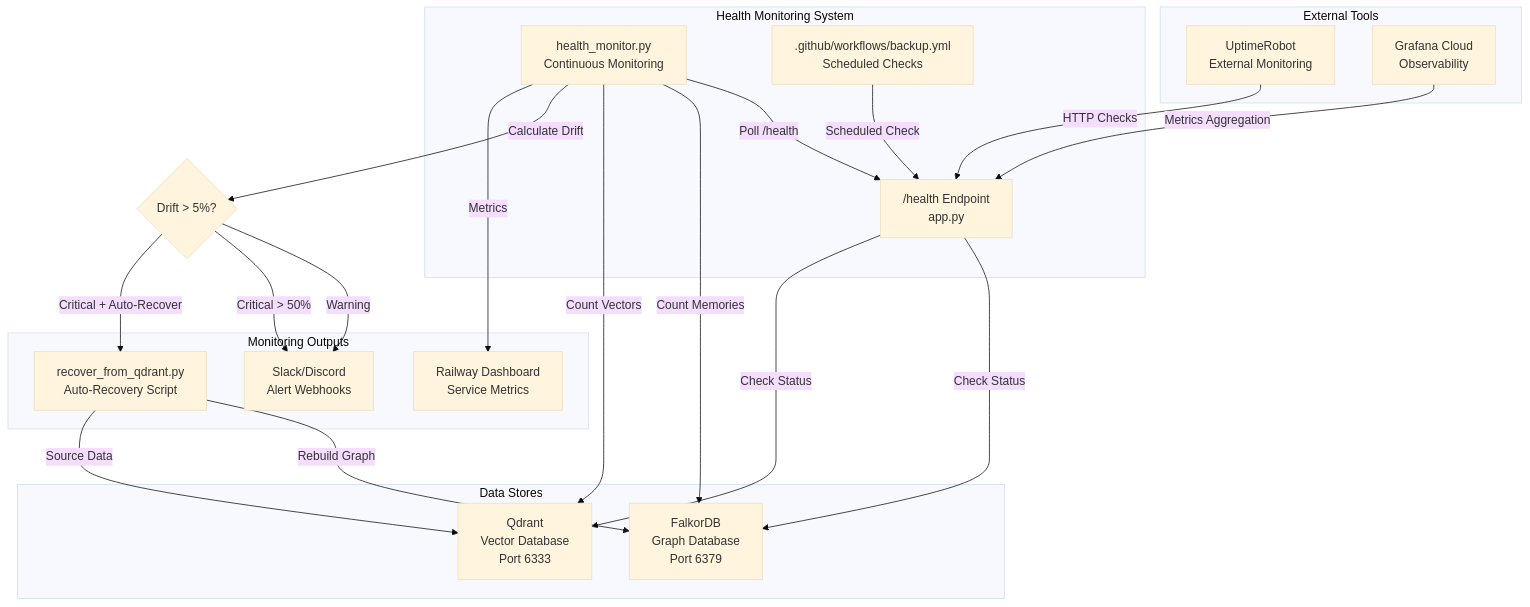
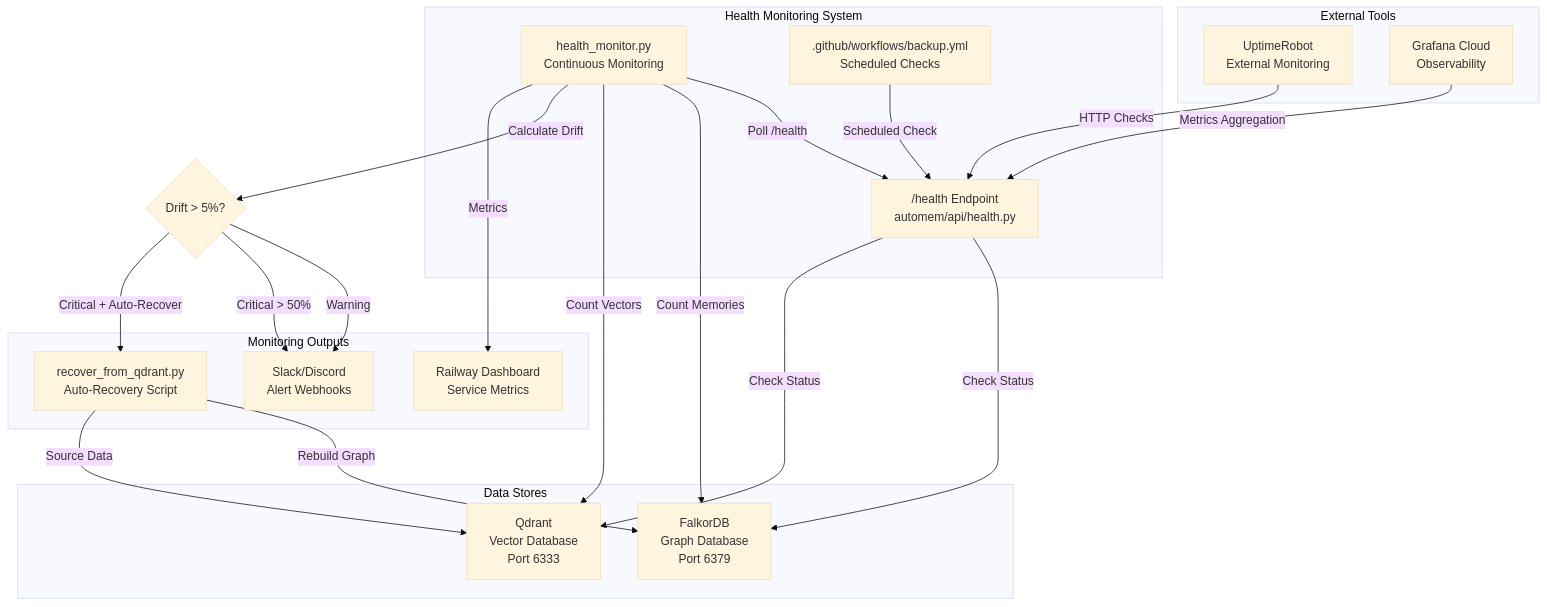
Before and after one commit to verygoodplugins/automem-website: the first of 6 diagrams in src/content/docs/docs/operations/health.md, drawn with Mermaid (base theme). The commit also changed 11 other files, not shown here.

````diff
--- a/src/content/docs/docs/operations/health.md
+++ b/src/content/docs/docs/operations/health.md
@@ -22,46 +22,46 @@
 ```mermaid
 graph TB
     subgraph "Health Monitoring System"
-        HealthEndpoint["/health Endpoint<br/>app.py"]
+        HealthEndpoint["/health Endpoint<br/>automem/api/health.py"]
         HealthMonitor["health_monitor.py<br/>Continuous Monitoring"]
         GHAWorkflow[".github/workflows/backup.yml<br/>Scheduled Checks"]
     end
 
     subgraph "Data Stores"
         FalkorDB["FalkorDB<br/>Graph Database<br/>Port 6379"]
         Qdrant["Qdrant<br/>Vector Database<br/>Port 6333"]
     end
 
     subgraph "Monitoring Outputs"
         Dashboard["Railway Dashboard<br/>Service Metrics"]
         Webhooks["Slack/Discord<br/>Alert Webhooks"]
         AutoRecovery["recover_from_qdrant.py<br/>Auto-Recovery Script"]
     end
 
     subgraph "External Tools"
         UptimeRobot["UptimeRobot<br/>External Monitoring"]
         Grafana["Grafana Cloud<br/>Observability"]
     end
 
     HealthEndpoint -->|"Check Status"| FalkorDB
     HealthEndpoint -->|"Check Status"| Qdrant
 
     HealthMonitor -->|"Poll /health"| HealthEndpoint
     HealthMonitor -->|"Count Memories"| FalkorDB
     HealthMonitor -->|"Count Vectors"| Qdrant
     HealthMonitor -->|"Calculate Drift"| DriftCheck{"Drift > 5%?"}
 
     GHAWorkflow -->|"Scheduled Check"| HealthEndpoint
 
     DriftCheck -->|"Warning"| Webhooks
     DriftCheck -->|"Critical > 50%"| Webhooks
     DriftCheck -->|"Critical + Auto-Recover"| AutoRecovery
 
     HealthMonitor -->|"Metrics"| Dashboard
 
     UptimeRobot -->|"HTTP Checks"| HealthEndpoint
     Grafana -->|"Metrics Aggregation"| HealthEndpoint
 
     AutoRecovery -->|"Rebuild Graph"| FalkorDB
     AutoRecovery -->|"Source Data"| Qdrant
 ```
````
